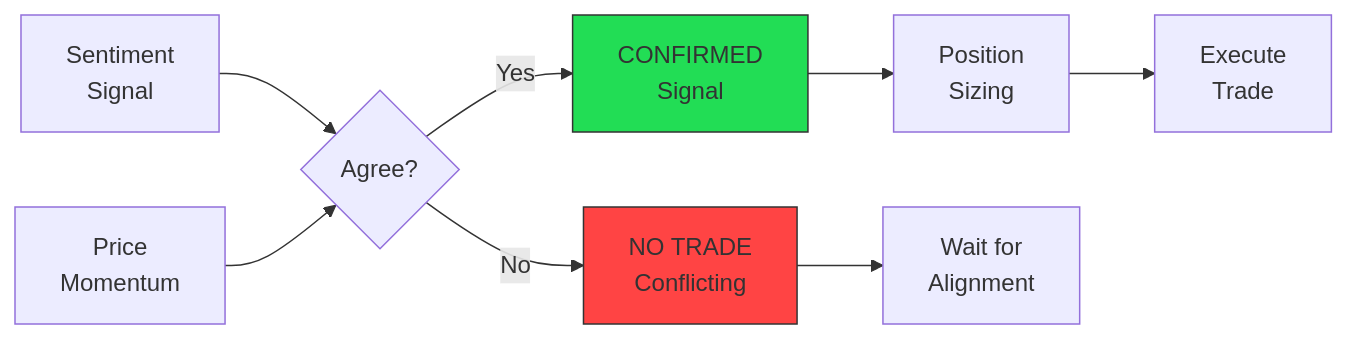
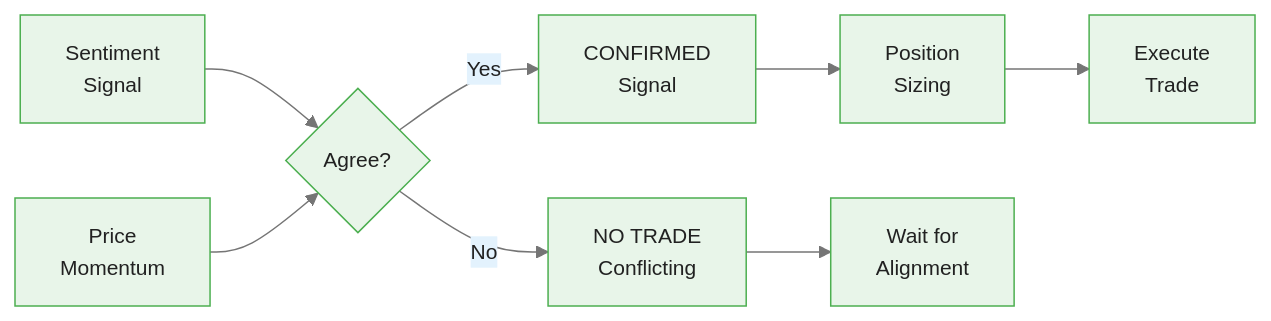
One commit to m-deane/course-creator changed the fifth of 7 diagrams in courses/genai-commodities/modules/module_03_sentiment/guides/01_news_sentiment_slides.md. Above: the diagram before and after it, drawn with Mermaid. The commit also changed other lines of this file and 84 other files, not shown here.

````diff
--- a/courses/genai-commodities/modules/module_03_sentiment/guides/01_news_sentiment_slides.md
+++ b/courses/genai-commodities/modules/module_03_sentiment/guides/01_news_sentiment_slides.md
@@ -344,16 +378,14 @@
 ```mermaid
+%%{init: {"theme": "base", "themeVariables": {"primaryColor": "#e8f5e9", "primaryBorderColor": "#4caf50", "primaryTextColor": "#212121", "secondaryColor": "#e3f2fd", "tertiaryColor": "#fff8e1", "lineColor": "#757575", "fontFamily": "Inter, sans-serif", "fontSize": "14px"}}}%%
 flowchart LR
     A[Sentiment<br/>Signal] --> D{Agree?}
     B[Price<br/>Momentum] --> D
 
     D -->|Yes| E[CONFIRMED<br/>Signal]
     D -->|No| F[NO TRADE<br/>Conflicting]
 
     E --> G[Position<br/>Sizing]
     G --> H[Execute<br/>Trade]
 
     F --> I[Wait for<br/>Alignment]
-
-    style E fill:#2d5,stroke:#333
-    style F fill:#f44,stroke:#333
 ```
````
